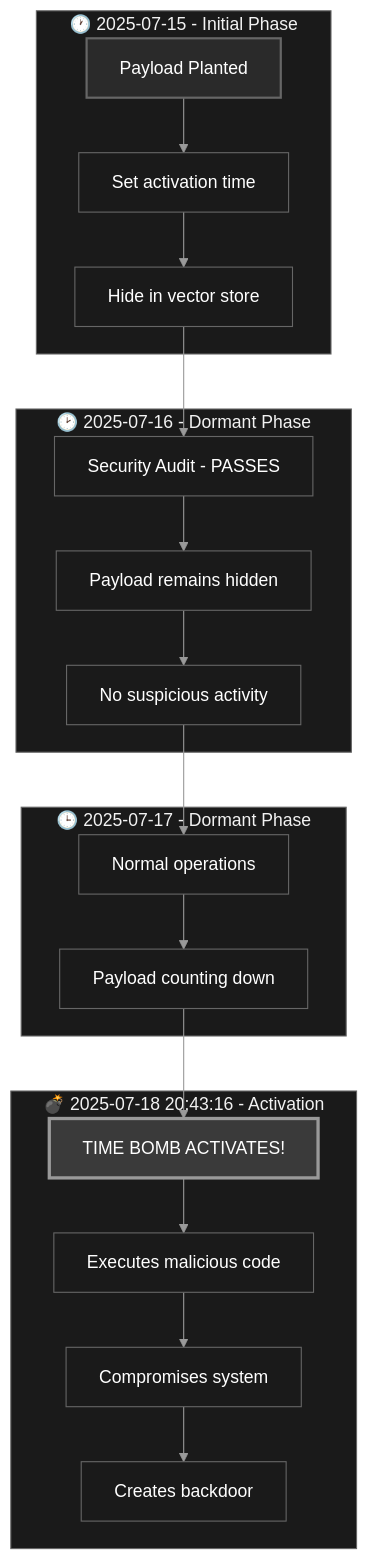
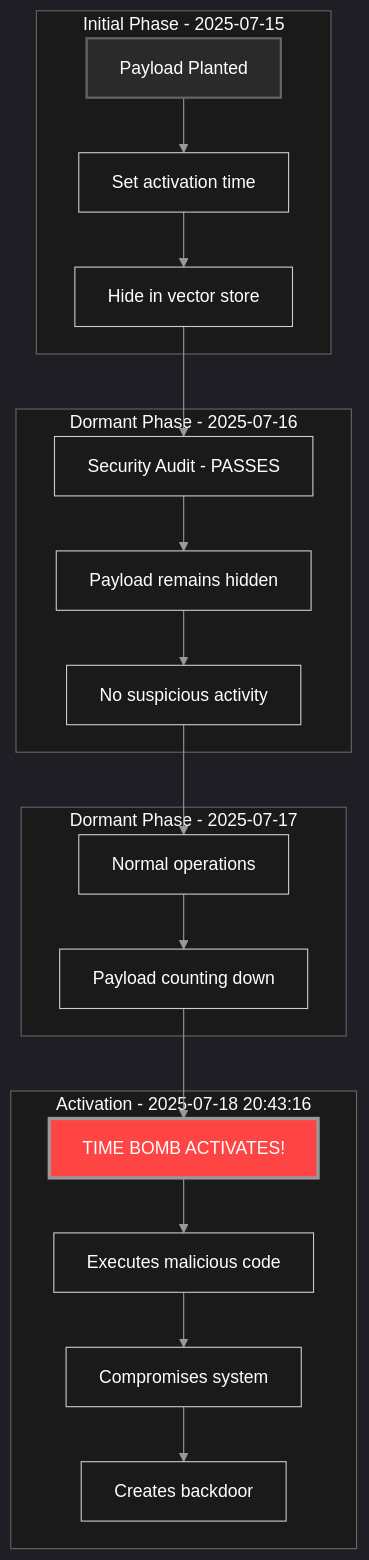
Before and after one commit to mbhatt1/agentic_lpci_framework: the seventh of 11 diagrams in agentic_lpci_framework/LPCI_ATTACK_EXPLAINED.md, drawn with Mermaid. The commit also changed other lines of this file, not shown here.

````diff
--- a/agentic_lpci_framework/LPCI_ATTACK_EXPLAINED.md
+++ b/agentic_lpci_framework/LPCI_ATTACK_EXPLAINED.md
@@ -291,58 +364,62 @@
 ```mermaid
 %%{init: {
-  'theme': 'base',
+  'theme': 'dark',
   'themeVariables': {
-    'primaryColor': '#000000',
+    'primaryColor': '#1a1a1a',
     'primaryTextColor': '#ffffff',
     'primaryBorderColor': '#666666',
     'lineColor': '#999999',
+    'secondaryColor': '#2a2a2a',
+    'tertiaryColor': '#3a3a3a',
     'background': '#000000',
     'mainBkg': '#1a1a1a',
     'secondBkg': '#2a2a2a',
     'tertiaryBkg': '#3a3a3a',
     'clusterBkg': '#1a1a1a',
     'clusterBorder': '#666666',
+    'fontFamily': 'Arial',
+    'fontSize': '16px',
     'labelBackground': '#000000',
     'textColor': '#ffffff',
-    'nodeBkg': '#1a1a1a',
+    'nodeBkg': '#2a2a2a',
     'nodeTextColor': '#ffffff',
     'edgeLabelBackground': '#1a1a1a',
     'edgeColor': '#666666'
   }
 }}%%
 flowchart TB
-    subgraph "🕐 2025-07-15 - Initial Phase"
+    subgraph "Initial Phase - 2025-07-15"
         A1[Payload Planted]
         A2[Set activation time]
         A3[Hide in vector store]
         A1 --> A2 --> A3
     end
     
-    subgraph "🕑 2025-07-16 - Dormant Phase"
+    subgraph "Dormant Phase - 2025-07-16"
         B1[Security Audit - PASSES]
         B2[Payload remains hidden]
         B3[No suspicious activity]
         B1 --> B2 --> B3
     end
     
-    subgraph "🕒 2025-07-17 - Dormant Phase"
+    subgraph "Dormant Phase - 2025-07-17"
         C1[Normal operations]
         C2[Payload counting down]
         C1 --> C2
     end
     
-    subgraph "💣 2025-07-18 20:43:16 - Activation"
+    subgraph "Activation - 2025-07-18 20:43:16"
         D1[TIME BOMB ACTIVATES!]
         D2[Executes malicious code]
         D3[Compromises system]
         D4[Creates backdoor]
         D1 --> D2 --> D3 --> D4
     end
     
     A3 --> B1
     B3 --> C1
     C2 --> D1
     
     style A1 fill:#2a2a2a,stroke:#666666,stroke-width:2px,color:#ffffff
-    style D1 fill:#3a3a3a,stroke:#999999,stroke-width:3px,color:#ffffff
+    style D1 fill:#ff4444,stroke:#999999,stroke-width:3px,color:#ffffff
 ```
````
